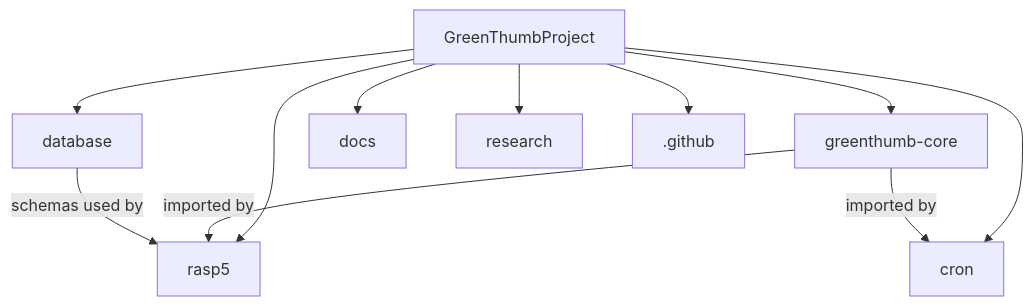
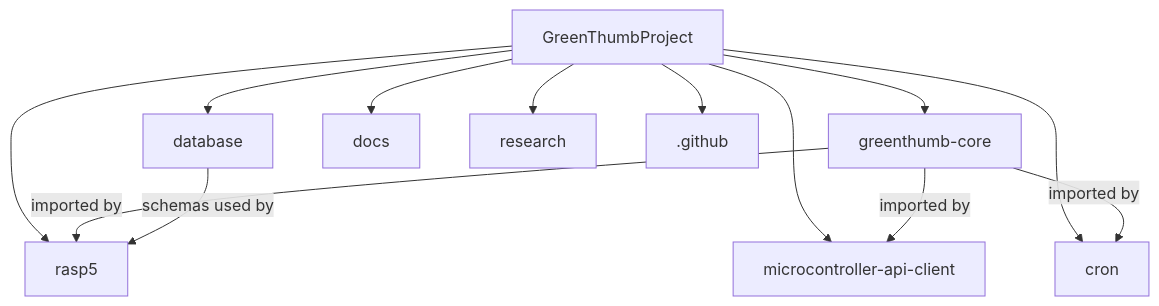
One commit to GreenThumbProject/docs changed the diagram in docs/architecture/repositories.md. Above: the diagram before and after it, drawn with Mermaid. The commit also changed other lines of this file and 17 other files, not shown here.

````diff
--- a/docs/architecture/repositories.md
+++ b/docs/architecture/repositories.md
@@ -7,24 +7,27 @@
 ```mermaid
 graph TB
     ORG[GreenThumbProject]
     
     CORE[greenthumb-core]
     RASP5[rasp5]
+    CLIENT[microcontroller-api-client]
     DB[database]
     CRON[cron]
     DOCS[docs]
     RESEARCH[research]
     GITHUB[.github]
     
     ORG --> CORE
     ORG --> RASP5
+    ORG --> CLIENT
     ORG --> DB
     ORG --> CRON
     ORG --> DOCS
     ORG --> RESEARCH
     ORG --> GITHUB
     
     CORE -->|imported by| RASP5
+    CORE -->|imported by| CLIENT
     CORE -->|imported by| CRON
     DB -->|schemas used by| RASP5
 ```
````
